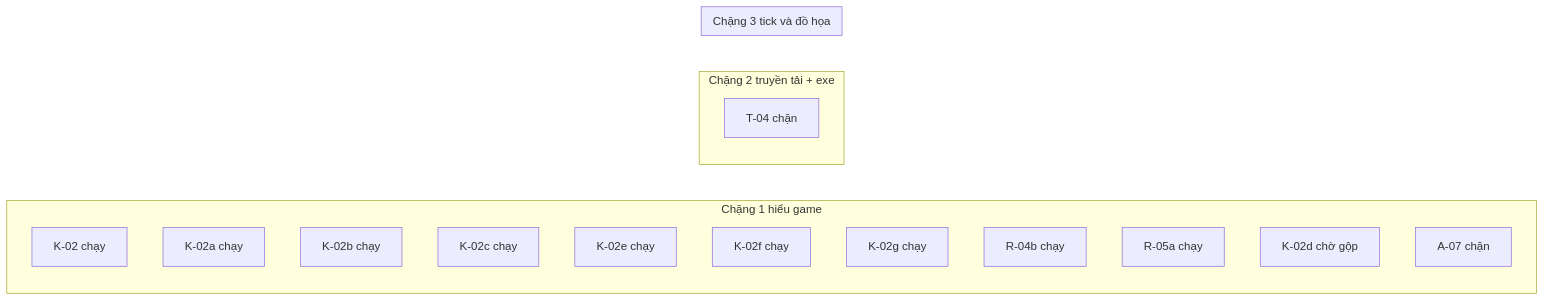
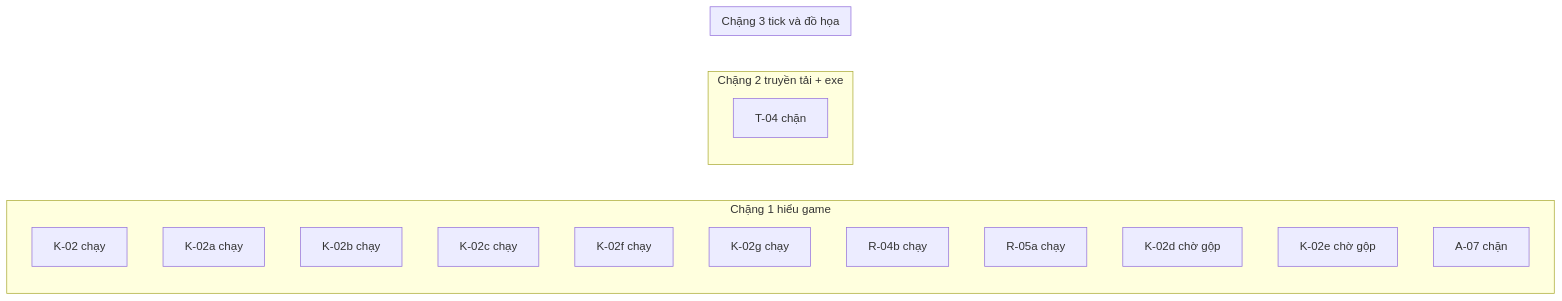
Before and after one commit to ndtangoss-dev/jx1-reports: the diagram in JX1_OPS/STATE/TIEN-DO.md, drawn with Mermaid. The commit also changed other lines of this file and 3 other files, not shown here.

````diff
--- a/JX1_OPS/STATE/TIEN-DO.md
+++ b/JX1_OPS/STATE/TIEN-DO.md
@@ -9,21 +9,21 @@
 ```mermaid
 flowchart LR
   subgraph S1["Chặng 1 hiểu game"]
     K_02["K-02 chạy"]
     K_02a["K-02a chạy"]
     K_02b["K-02b chạy"]
     K_02c["K-02c chạy"]
-    K_02e["K-02e chạy"]
     K_02f["K-02f chạy"]
     K_02g["K-02g chạy"]
     R_04b["R-04b chạy"]
     R_05a["R-05a chạy"]
     K_02d["K-02d chờ gộp"]
+    K_02e["K-02e chờ gộp"]
     A_07["A-07 chặn"]
   end
   subgraph S2["Chặng 2 truyền tải + exe"]
     T_04["T-04 chặn"]
   end
   subgraph S3["Chặng 3 tick và đồ họa"]
   end
 ```
````
